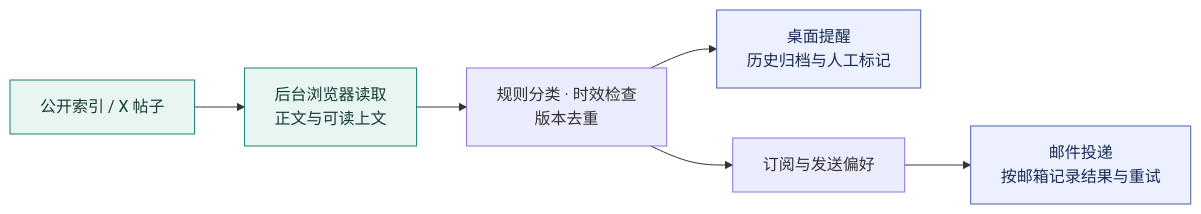
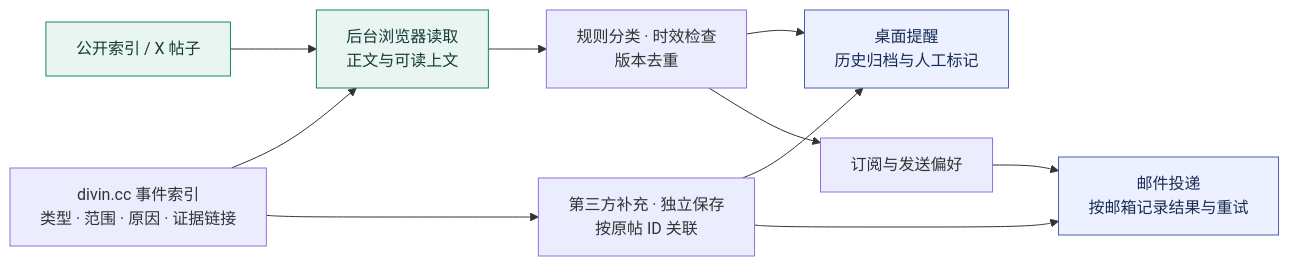
The diagram in README.md (AntoSmith/Tools-CodexQuotaResetMonitor), drawn with Mermaid before and after one commit. The commit also changed other lines of this file and 33 other files, not shown here.

````diff
--- a/README.md
+++ b/README.md
@@ -57,12 +65,16 @@
 ```mermaid
 flowchart LR
     A[公开索引 / X 帖子] --> B[后台浏览器读取<br/>正文与可读上文]
+    G[divin.cc 事件索引<br/>类型 · 范围 · 原因 · 证据链接] --> B
+    G --> H[第三方补充 · 独立保存<br/>按原帖 ID 关联]
+    H --> D
+    H --> F
     B --> C[规则分类 · 时效检查<br/>版本去重]
     C --> D[桌面提醒<br/>历史归档与人工标记]
     C --> E[订阅与发送偏好]
     E --> F[邮件投递<br/>按邮箱记录结果与重试]
     classDef source fill:#e8f5f1,stroke:#168176,color:#153b37
     classDef output fill:#edf1ff,stroke:#4761ac,color:#182c55
     class A,B source
     class D,F output
 ```
````
